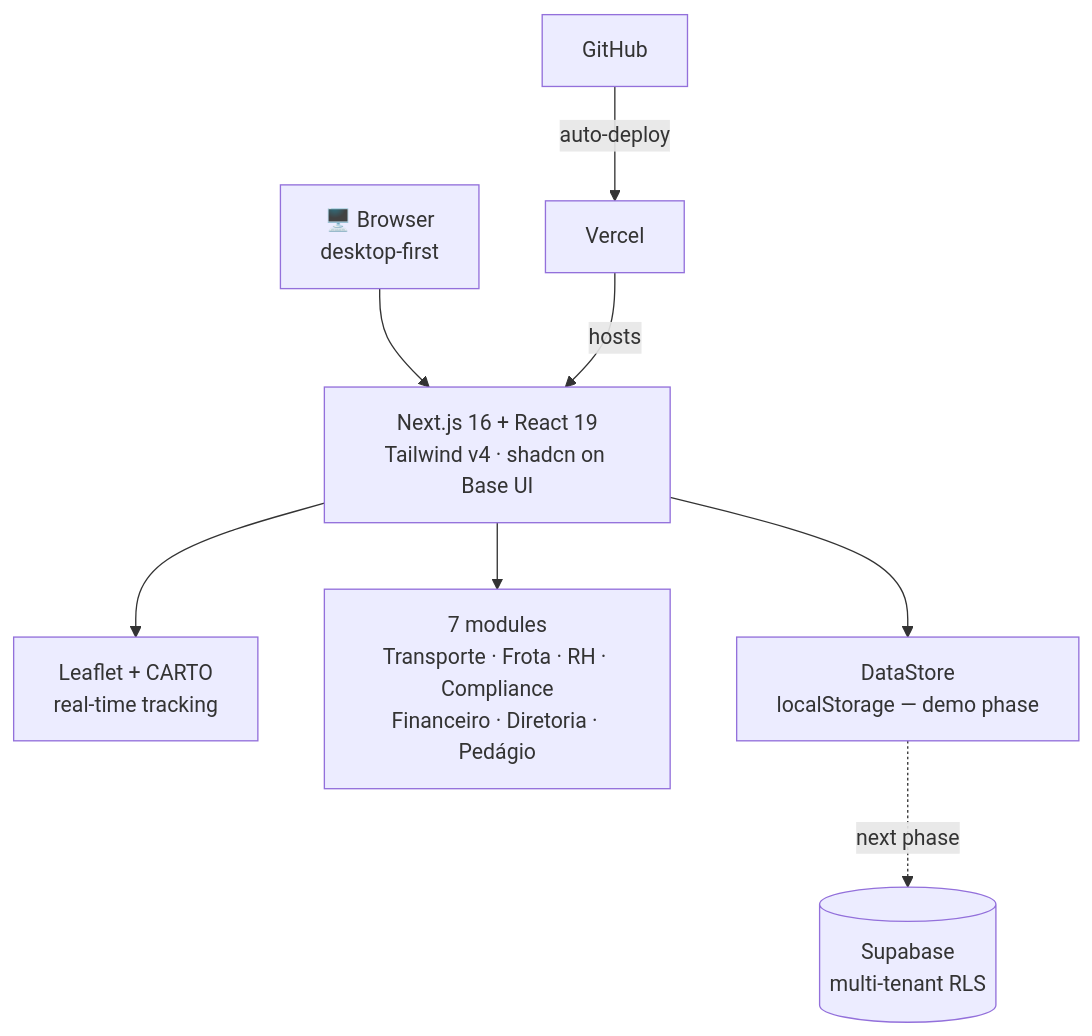
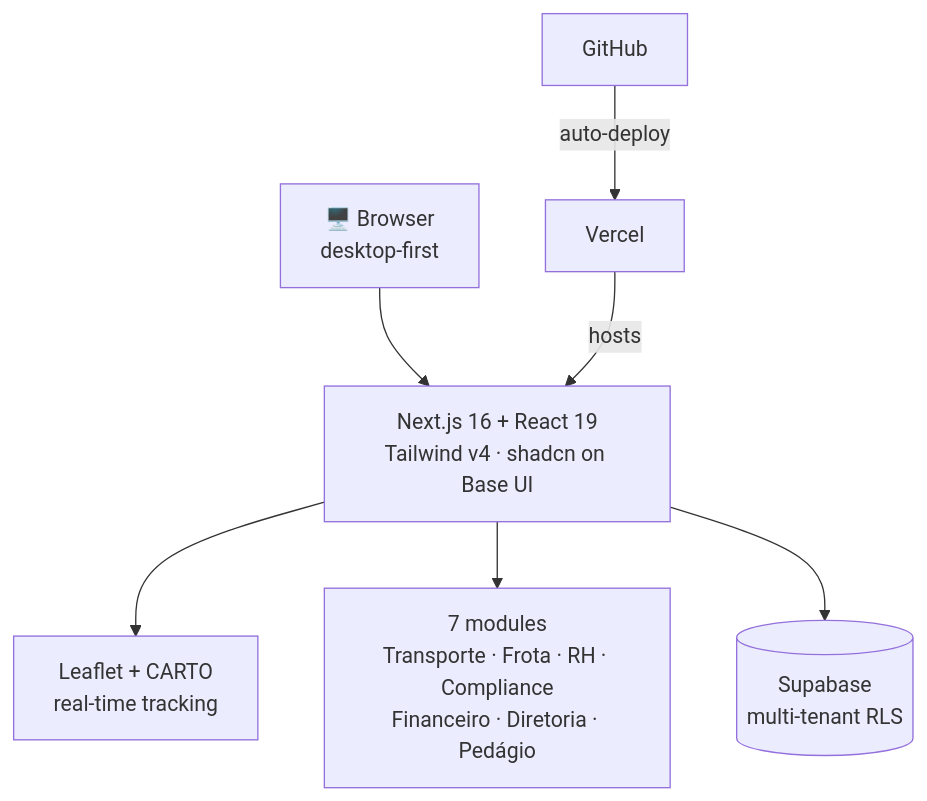
Before and after one commit to willgouveiaa/willgouveiaa: the eighth of 11 diagrams in README.md, drawn with Mermaid. The commit also changed other lines of this file, not shown here.

````diff
--- a/README.md
+++ b/README.md
@@ -283,10 +283,9 @@
 ```mermaid
 flowchart TB
     B["🖥️ Browser<br/>desktop-first"] --> NX["Next.js 16 + React 19<br/>Tailwind v4 · shadcn on Base UI"]
     GH[GitHub] -->|auto-deploy| VC[Vercel]
     VC -->|hosts| NX
     NX --> MAP["Leaflet + CARTO<br/>real-time tracking"]
     NX --> MOD["7 modules<br/>Transporte · Frota · RH · Compliance<br/>Financeiro · Diretoria · Pedágio"]
-    NX --> DS["DataStore<br/>localStorage — demo phase"]
-    DS -.->|next phase| SB[("Supabase<br/>multi-tenant RLS")]
+    NX --> SB[("Supabase<br/>multi-tenant RLS")]
 ```
````
